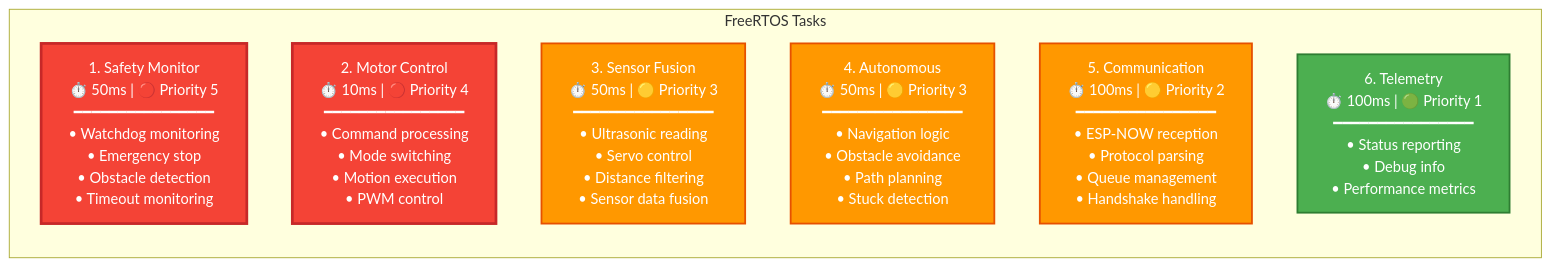
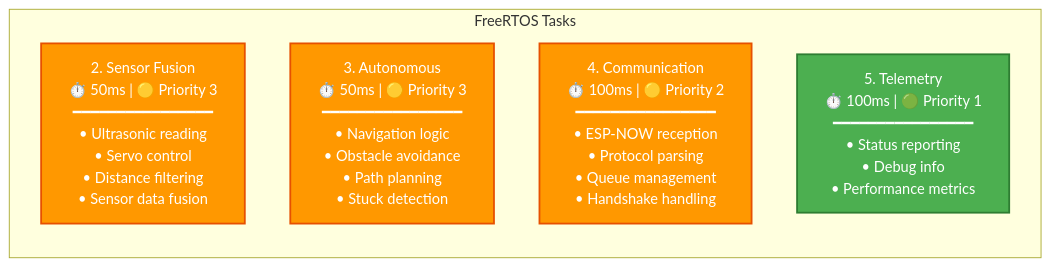
One commit to Yaniv23/final-project-gesture-car changed the third of 16 diagrams in docs/architecture.md. Above: the diagram before and after it, drawn with Mermaid. The commit also changed other lines of this file and 38 other files, not shown here.

First line of the commit message:
Improve-autonomous-mode (#34)

````diff
--- a/docs/architecture.md
+++ b/docs/architecture.md
@@ -163,30 +161,24 @@
 ```mermaid
 graph LR
     subgraph Tasks["FreeRTOS Tasks"]
-        T1["1. Safety Monitor<br/>⏱️ 50ms | 🔴 Priority 5<br/>━━━━━━━━━━━━━━━━<br/>• Watchdog monitoring<br/>• Emergency stop<br/>• Obstacle detection<br/>• Timeout monitoring"]
+        T2["2. Sensor Fusion<br/>⏱️ 50ms | 🟡 Priority 3<br/>━━━━━━━━━━━━━━━━<br/>• Ultrasonic reading<br/>• Servo control<br/>• Distance filtering<br/>• Sensor data fusion"]
         
-        T2["2. Motor Control<br/>⏱️ 10ms | 🔴 Priority 4<br/>━━━━━━━━━━━━━━━━<br/>• Command processing<br/>• Mode switching<br/>• Motion execution<br/>• PWM control"]
+        T3["3. Autonomous<br/>⏱️ 50ms | 🟡 Priority 3<br/>━━━━━━━━━━━━━━━━<br/>• Navigation logic<br/>• Obstacle avoidance<br/>• Path planning<br/>• Stuck detection"]
         
-        T3["3. Sensor Fusion<br/>⏱️ 50ms | 🟡 Priority 3<br/>━━━━━━━━━━━━━━━━<br/>• Ultrasonic reading<br/>• Servo control<br/>• Distance filtering<br/>• Sensor data fusion"]
+        T4["4. Communication<br/>⏱️ 100ms | 🟡 Priority 2<br/>━━━━━━━━━━━━━━━━<br/>• ESP-NOW reception<br/>• Protocol parsing<br/>• Queue management<br/>• Handshake handling"]
         
-        T4["4. Autonomous<br/>⏱️ 50ms | 🟡 Priority 3<br/>━━━━━━━━━━━━━━━━<br/>• Navigation logic<br/>• Obstacle avoidance<br/>• Path planning<br/>• Stuck detection"]
-        
-        T5["5. Communication<br/>⏱️ 100ms | 🟡 Priority 2<br/>━━━━━━━━━━━━━━━━<br/>• ESP-NOW reception<br/>• Protocol parsing<br/>• Queue management<br/>• Handshake handling"]
-        
-        T6["6. Telemetry<br/>⏱️ 100ms | 🟢 Priority 1<br/>━━━━━━━━━━━━━━━━<br/>• Status reporting<br/>• Debug info<br/>• Performance metrics"]
+        T5["5. Telemetry<br/>⏱️ 100ms | 🟢 Priority 1<br/>━━━━━━━━━━━━━━━━<br/>• Status reporting<br/>• Debug info<br/>• Performance metrics"]
     end
     
     classDef task1 fill:#F44336,stroke:#C62828,stroke-width:3px,color:#fff
-    classDef task2 fill:#F44336,stroke:#C62828,stroke-width:3px,color:#fff
+    classDef task2 fill:#FF9800,stroke:#E65100,stroke-width:2px,color:#fff
     classDef task3 fill:#FF9800,stroke:#E65100,stroke-width:2px,color:#fff
     classDef task4 fill:#FF9800,stroke:#E65100,stroke-width:2px,color:#fff
-    classDef task5 fill:#FF9800,stroke:#E65100,stroke-width:2px,color:#fff
-    classDef task6 fill:#4CAF50,stroke:#2E7D32,stroke-width:2px,color:#fff
+    classDef task5 fill:#4CAF50,stroke:#2E7D32,stroke-width:2px,color:#fff
     
     class T1 task1
     class T2 task2
     class T3 task3
     class T4 task4
     class T5 task5
-    class T6 task6
 ```
````
